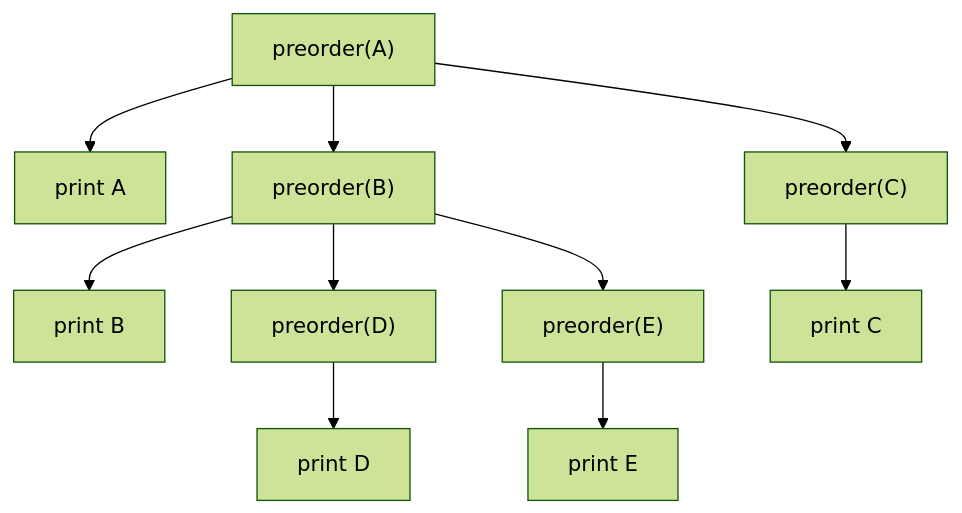
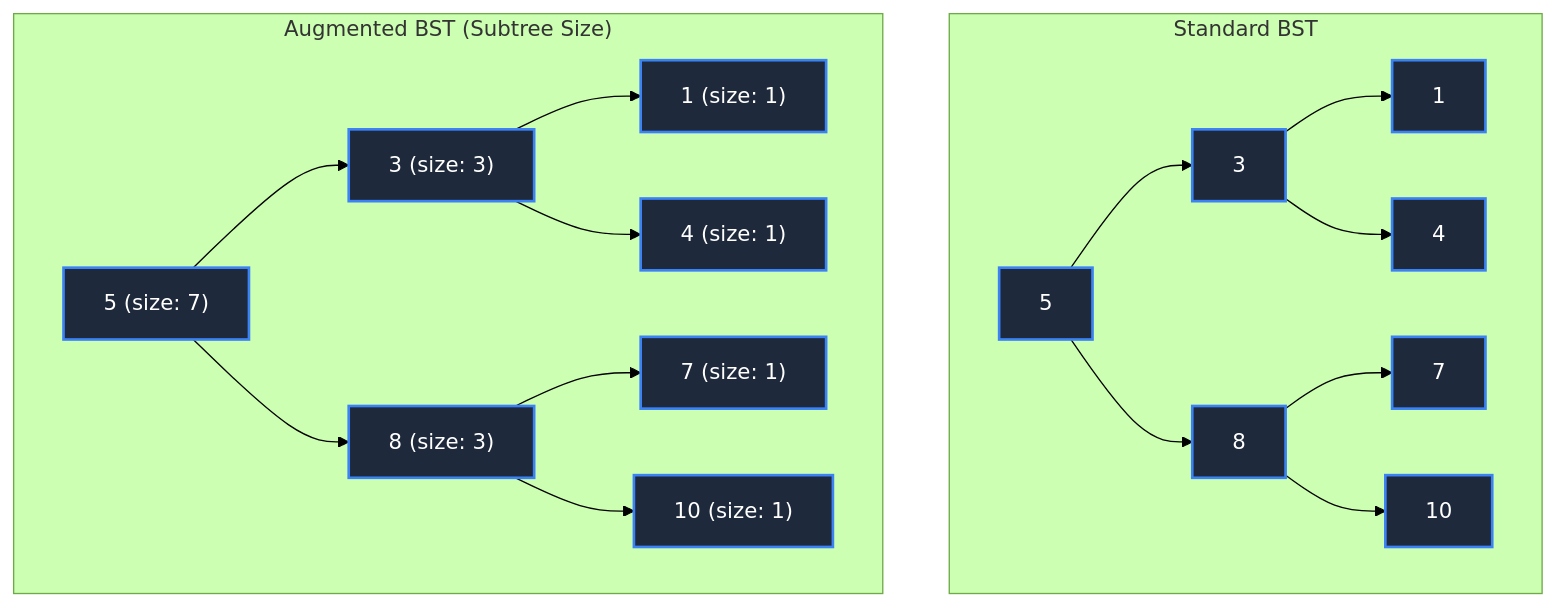
Before and after one commit to dip4k/DSA_102: diagram 20 of 25 in week_07_trees_and_balanced_search_trees/Week_07_Visual_Concepts_Playbook_HYBRID.md, drawn with Mermaid (forest theme). The commit also changed other lines of this file and 332 other files, not shown here.

````diff
--- a/week_07_trees_and_balanced_search_trees/Week_07_Visual_Concepts_Playbook_HYBRID.md
+++ b/week_07_trees_and_balanced_search_trees/Week_07_Visual_Concepts_Playbook_HYBRID.md
@@ -105,13 +603,22 @@
 ```mermaid
 flowchart TD
-    R["preorder(A)"]
-    R --> N1["print A"]
-    R --> N2["preorder(B)"]
-    N2 --> N3["print B"]
-    N2 --> N4["preorder(D)"]
-    N4 --> N5["print D"]
-    N2 --> N6["preorder(E)"]
-    N6 --> N7["print E"]
-    R --> N8["preorder(C)"]
-    N8 --> N9["print C"]
+    subgraph StandardBST["Standard BST"]
+        S5["5"] --> S3["3"]
+        S5 --> S8["8"]
+        S3 --> S1["1"]
+        S3 --> S4["4"]
+        S8 --> S7["7"]
+        S8 --> S10["10"]
+    end
+
+    subgraph AugmentedBST["Augmented BST (Subtree Size)"]
+        A5["5 (size: 7)"] --> A3["3 (size: 3)"]
+        A5 --> A8["8 (size: 3)"]
+        A3 --> A1["1 (size: 1)"]
+        A3 --> A4["4 (size: 1)"]
+        A8 --> A7["7 (size: 1)"]
+        A8 --> A10["10 (size: 1)"]
+    end
+
+    classDef default fill:#1e293b,stroke:#3b82f6,stroke-width:2px,color:#ffffff
 ```
````
